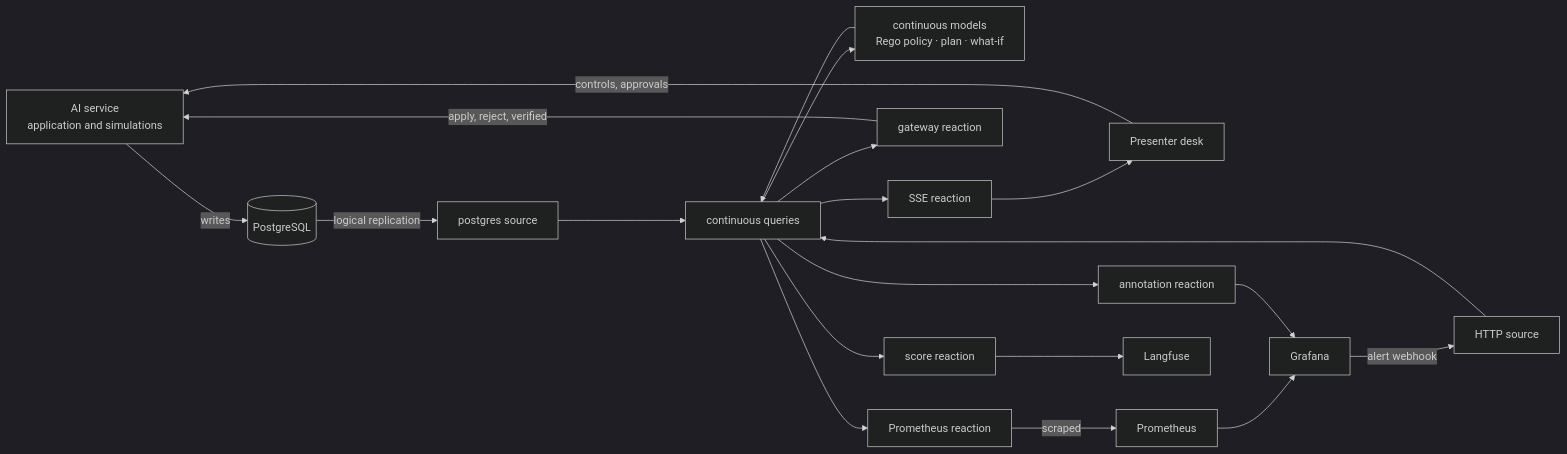
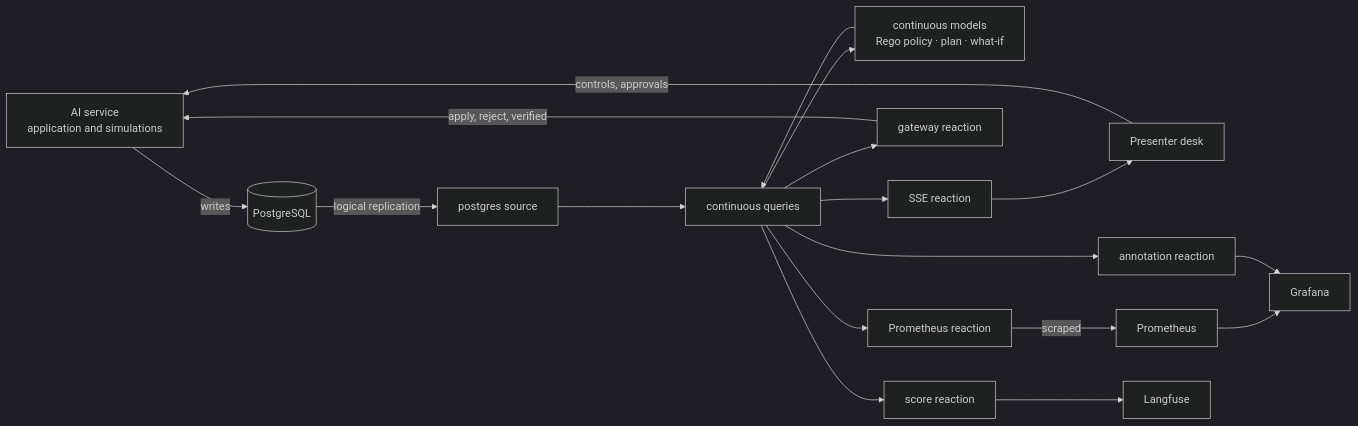
Before and after one commit to drasi-project/community: the diagram in presentations/2026-11-19_Ignite/DRASI.md, drawn with Mermaid (dark theme). The commit also changed other lines of this file and 10 other files, not shown here.

````diff
--- a/presentations/2026-11-19_Ignite/DRASI.md
+++ b/presentations/2026-11-19_Ignite/DRASI.md
@@ -22,15 +22,14 @@
 ```mermaid
 flowchart LR
   AI[AI service<br/>application and simulations] -- writes --> PG[(PostgreSQL)]
   DESK[Presenter desk] -- controls, approvals --> AI
   PG -- logical replication --> SRC[postgres source]
   SRC --> Q[continuous queries]
   Q --> M[continuous models<br/>Rego policy · plan · what-if]
   M --> Q
   Q --> PROM[Prometheus reaction] -- scraped --> P[Prometheus] --> GRAF[Grafana]
   Q --> GW[gateway reaction] -- apply, reject, verified --> AI
   Q --> ANN[annotation reaction] --> GRAF
   Q --> SC[score reaction] --> LF[Langfuse]
   Q --> SSE[SSE reaction] --> DESK
-  GRAF -- alert webhook --> HTTP[HTTP source] --> Q
 ```
````
